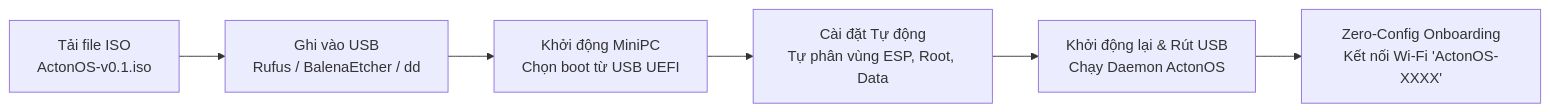
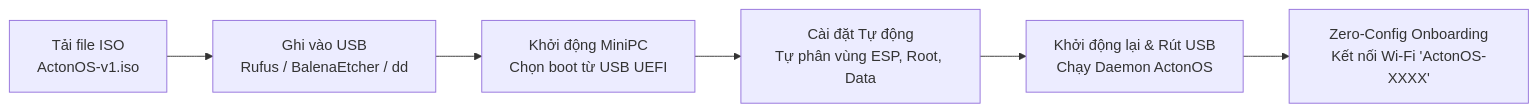
The diagram in i18n/vi/docusaurus-plugin-content-docs/current/getting-started/baremetal-installation.mdx (actonos/docs), drawn with Mermaid before and after one commit. The commit also changed other lines of this file and 47 other files, not shown here.

````diff
--- a/i18n/vi/docusaurus-plugin-content-docs/current/getting-started/baremetal-installation.mdx
+++ b/i18n/vi/docusaurus-plugin-content-docs/current/getting-started/baremetal-installation.mdx
@@ -12,8 +12,8 @@
 ```mermaid
 flowchart LR
-    A["Tải file ISO<br/>ActonOS-v0.1.iso"] --> B["Ghi vào USB<br/>Rufus / BalenaEtcher / dd"]
+    A["Tải file ISO<br/>ActonOS-v1.iso"] --> B["Ghi vào USB<br/>Rufus / BalenaEtcher / dd"]
     B --> C["Khởi động MiniPC<br/>Chọn boot từ USB UEFI"]
     C --> D["Cài đặt Tự động<br/>Tự phân vùng ESP, Root, Data"]
     D --> E["Khởi động lại & Rút USB<br/>Chạy Daemon ActonOS"]
     E --> F["Zero-Config Onboarding<br/>Kết nối Wi-Fi 'ActonOS-XXXX'"]
 ```
````
